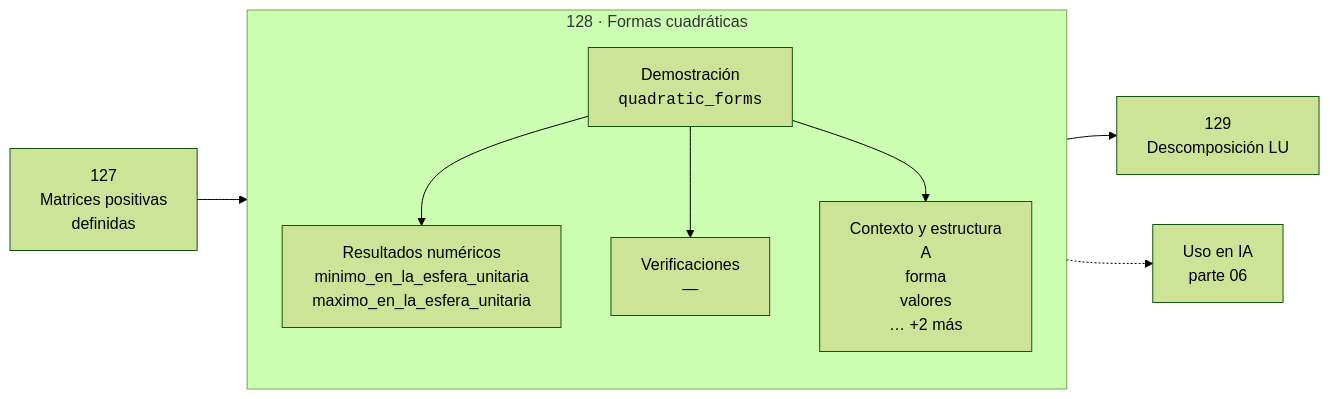
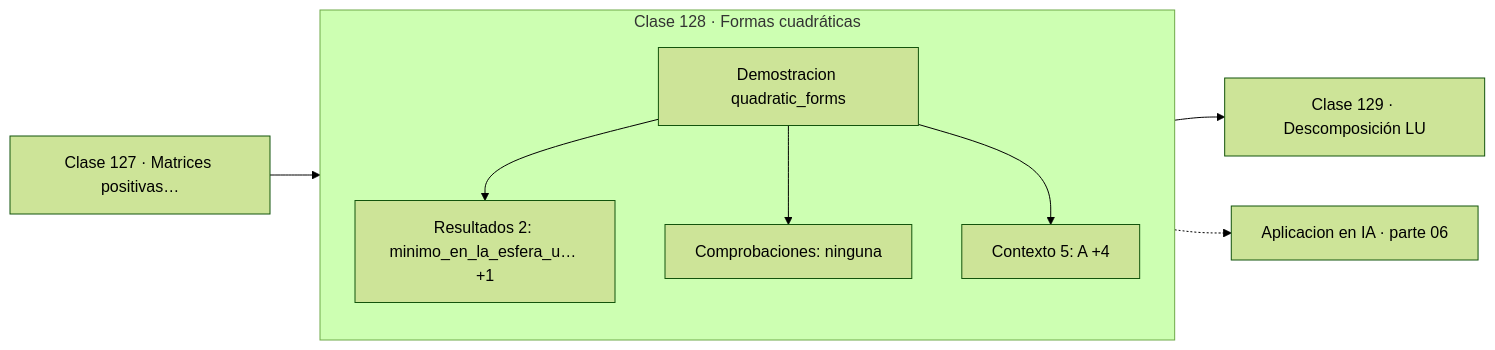
One commit to vladimiracunadev-create/computational-mathematics-program changed the diagram in classes/part-06-algebra-lineal-ii-descomposiciones-y-tensores/128-formas-cuadraticas/README.md. Above: the diagram before and after it, drawn with Mermaid (forest theme). The commit also changed 389 other files, not shown here.

First line of the commit message:
fix(diagramas): elimina el HTML de las etiquetas Mermaid

````diff
--- a/classes/part-06-algebra-lineal-ii-descomposiciones-y-tensores/128-formas-cuadraticas/README.md
+++ b/classes/part-06-algebra-lineal-ii-descomposiciones-y-tensores/128-formas-cuadraticas/README.md
@@ -30,12 +30,13 @@
 ```mermaid
 flowchart LR
-    P["127<br/>Matrices positivas<br/>definidas"] --> C
-    subgraph C["128 · Formas cuadráticas"]
+    P["Clase 127 · Matrices positivas…"] --> D
+    subgraph CLASE["Clase 128 · Formas cuadráticas"]
         direction TB
-        D["Demostración<br/><code>quadratic_forms</code>"] --> R["Resultados numéricos<br/>minimo_en_la_esfera_unitaria<br/>maximo_en_la_esfera_unitaria"]
-        D --> V["Verificaciones<br/>—"]
-        D --> O["Contexto y estructura<br/>A<br/>forma<br/>valores<br/>… +2 más"]
+        D["Demostracion quadratic_forms"]
+        D --> R["Resultados 2: minimo_en_la_esfera_u… +1"]
+        D --> V["Comprobaciones: ninguna"]
+        D --> O["Contexto 5: A +4"]
     end
-    C --> N["129<br/>Descomposición LU"]
-    C -.-> IA["Uso en IA<br/>parte 06"]
+    R --> N["Clase 129 · Descomposición LU"]
+    V -.-> IA["Aplicacion en IA · parte 06"]
 ```
````
